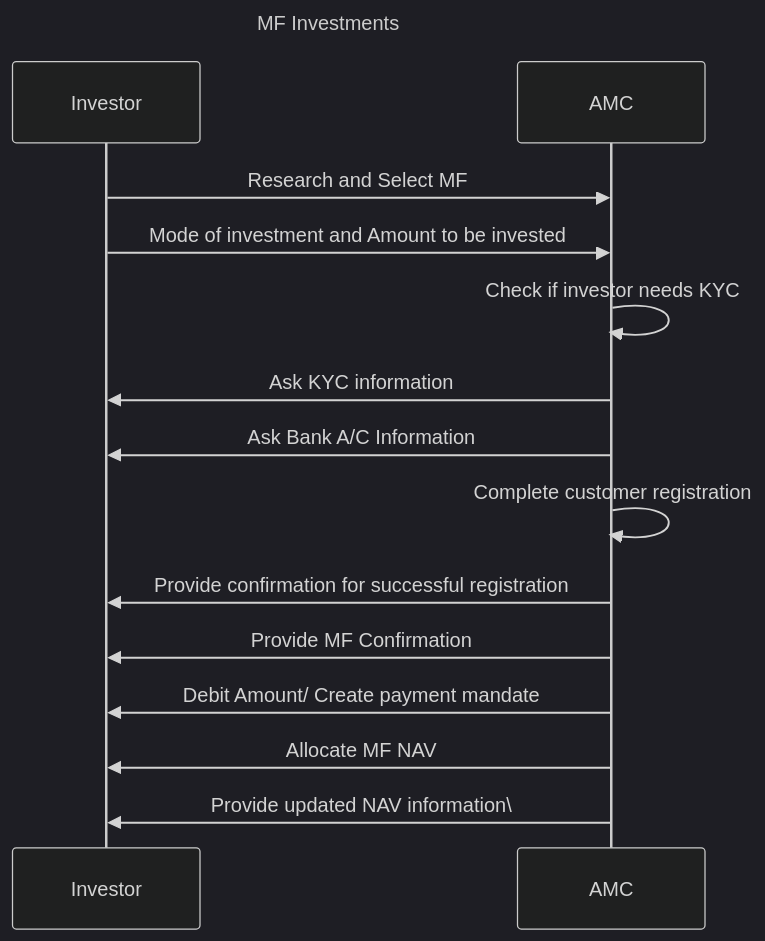
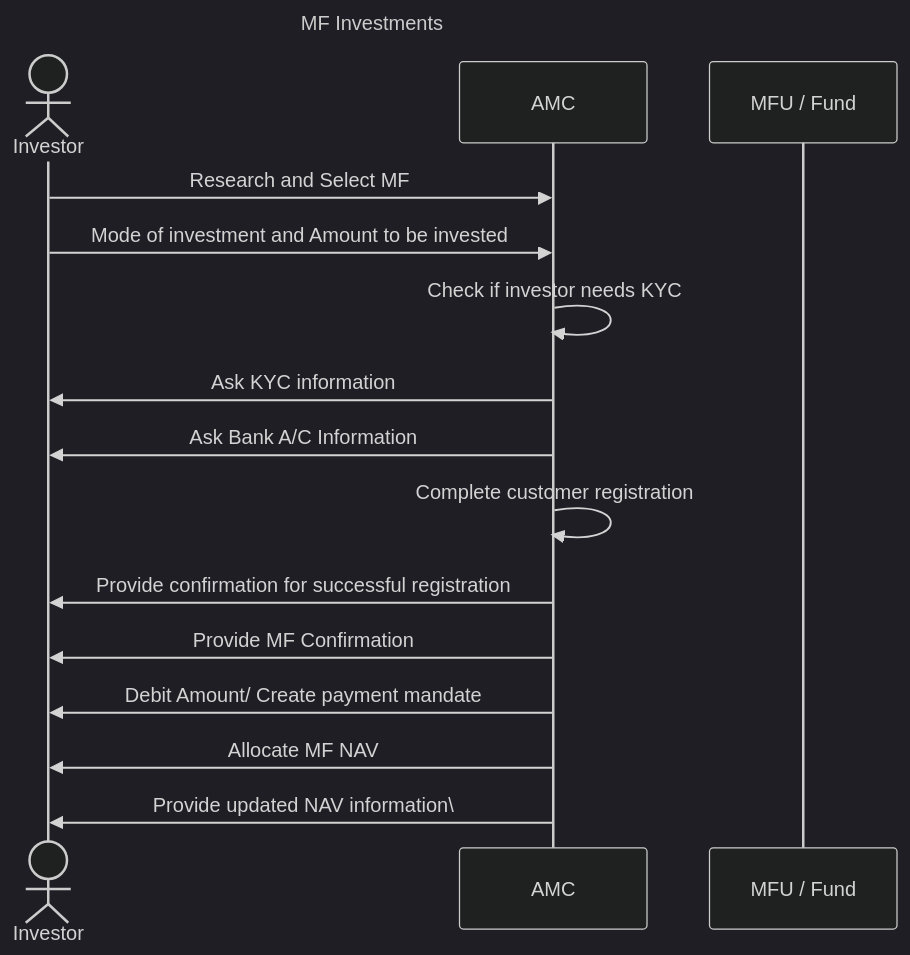
One commit to beckn/financial-services changed the diagram in docs/example-implementations/Mutual-funds-Workflow.md. Above: the diagram before and after it, drawn with Mermaid (dark theme). The commit also changed other lines of this file, not shown here.

````diff
--- a/docs/example-implementations/Mutual-funds-Workflow.md
+++ b/docs/example-implementations/Mutual-funds-Workflow.md
@@ -47,15 +52,18 @@
 ```mermaid
 sequenceDiagram
     title MF Investments
+    Actor Investor
+    Participant AMC
+    Participant MFU /  Fund
     Investor ->> AMC: Research and Select MF
     Investor ->> AMC: Mode of investment and Amount to be invested
     AMC ->> AMC: Check if investor needs KYC
     AMC ->> Investor: Ask KYC information
     AMC ->> Investor: Ask Bank A/C Information
     AMC ->> AMC: Complete customer registration
     AMC ->> Investor: Provide confirmation for successful registration
     AMC ->> Investor: Provide MF Confirmation
     AMC ->> Investor: Debit Amount/ Create payment mandate
     AMC ->> Investor: Allocate MF NAV
     AMC ->> Investor: Provide updated NAV information\
 ```
````
